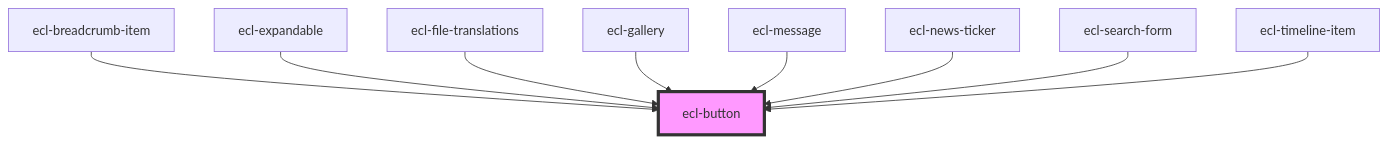
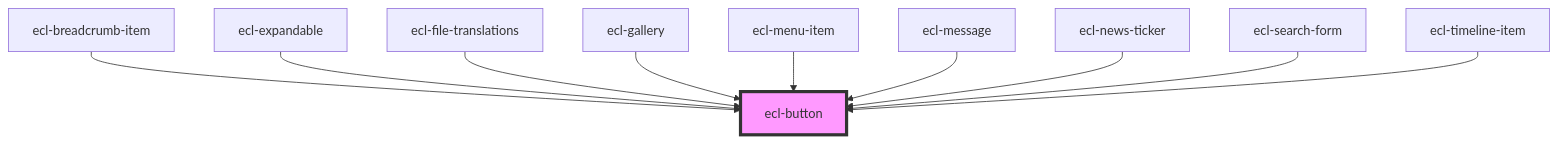
One commit to ec-europa/ecl-webcomponents changed the diagram in src/components/ecl-button/readme.md. Above: the diagram before and after it, drawn with Mermaid. The commit also changed other lines of this file and 21 other files, not shown here.

````diff
--- a/src/components/ecl-button/readme.md
+++ b/src/components/ecl-button/readme.md
@@ -30,12 +31,13 @@
 ```mermaid
 graph TD;
   ecl-breadcrumb-item --> ecl-button
   ecl-expandable --> ecl-button
   ecl-file-translations --> ecl-button
   ecl-gallery --> ecl-button
+  ecl-menu-item --> ecl-button
   ecl-message --> ecl-button
   ecl-news-ticker --> ecl-button
   ecl-search-form --> ecl-button
   ecl-timeline-item --> ecl-button
   style ecl-button fill:#f9f,stroke:#333,stroke-width:4px
 ```
````
